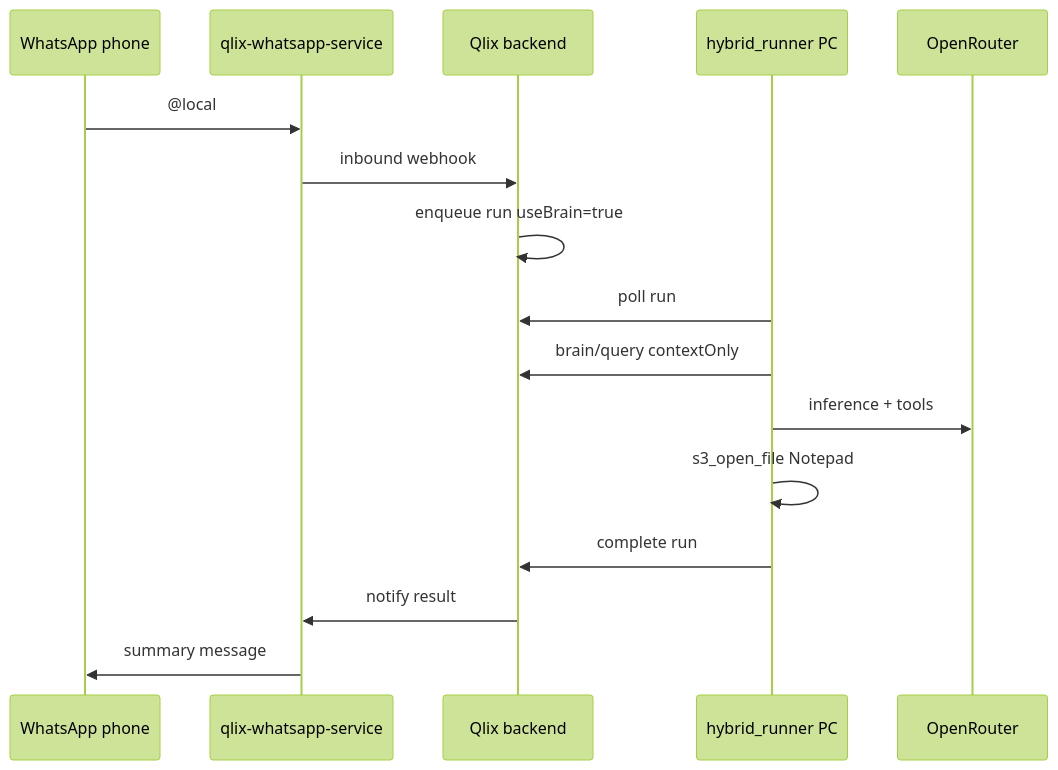
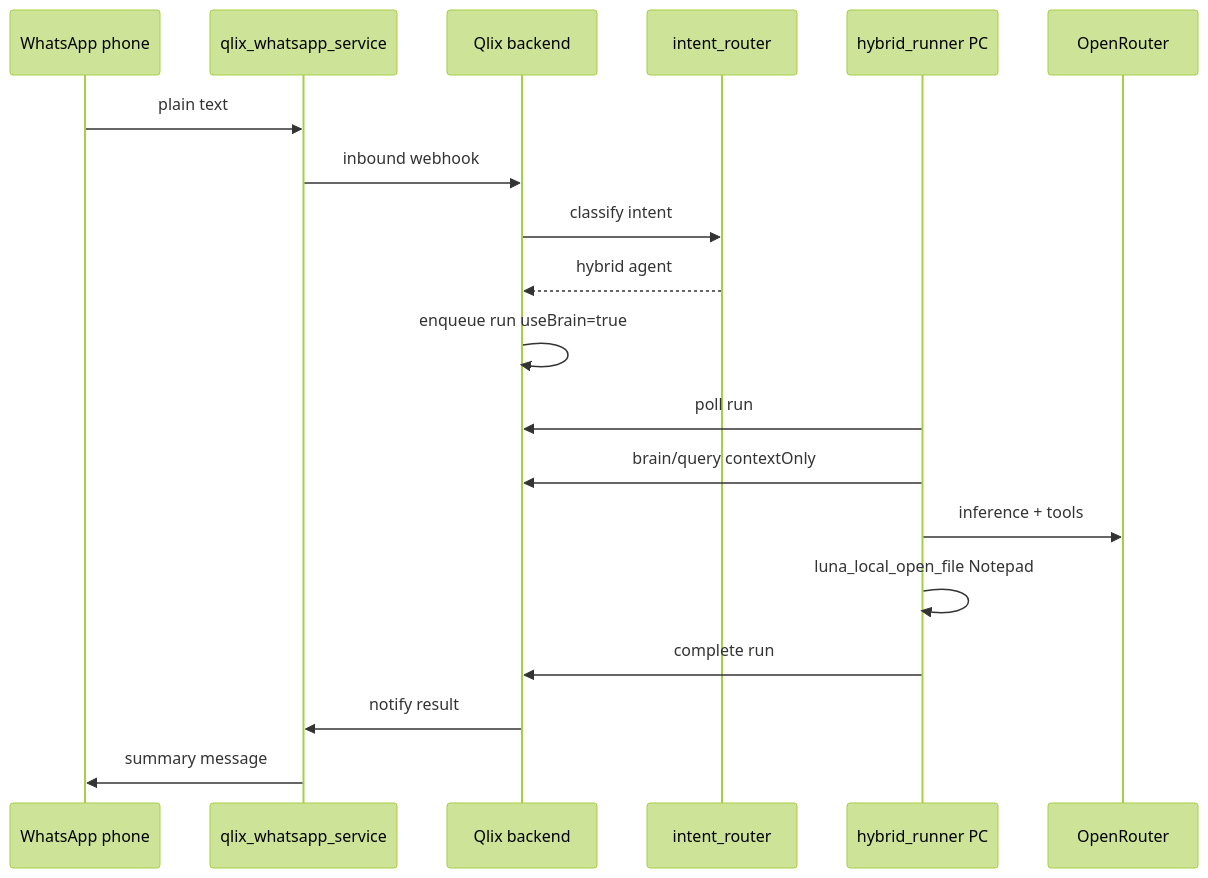
Before and after one commit to yeshwanth1127/qlix: the diagram in docs/e2e/hybrid-whatsapp-brain-field-support.md, drawn with Mermaid (forest theme). The commit also changed other lines of this file and 326 other files, not shown here.

````diff
--- a/docs/e2e/hybrid-whatsapp-brain-field-support.md
+++ b/docs/e2e/hybrid-whatsapp-brain-field-support.md
@@ -7,19 +7,22 @@
 ```mermaid
 sequenceDiagram
   participant WA as WhatsApp phone
-  participant Sidecar as qlix-whatsapp-service
+  participant Sidecar as qlix_whatsapp_service
   participant API as Qlix backend
+  participant Router as intent_router
   participant Runner as hybrid_runner PC
   participant OR as OpenRouter
 
-  WA->>Sidecar: @local #brain: open log...
+  WA->>Sidecar: plain text #brain open log...
   Sidecar->>API: inbound webhook
+  API->>Router: classify intent
+  Router-->>API: hybrid agent
   API->>API: enqueue run useBrain=true
   Runner->>API: poll run
   Runner->>API: brain/query contextOnly
   Runner->>OR: inference + tools
-  Runner->>Runner: s3_open_file Notepad
+  Runner->>Runner: luna_local_open_file Notepad
   Runner->>API: complete run
   API->>Sidecar: notify result
   Sidecar->>WA: summary message
 ```
````
